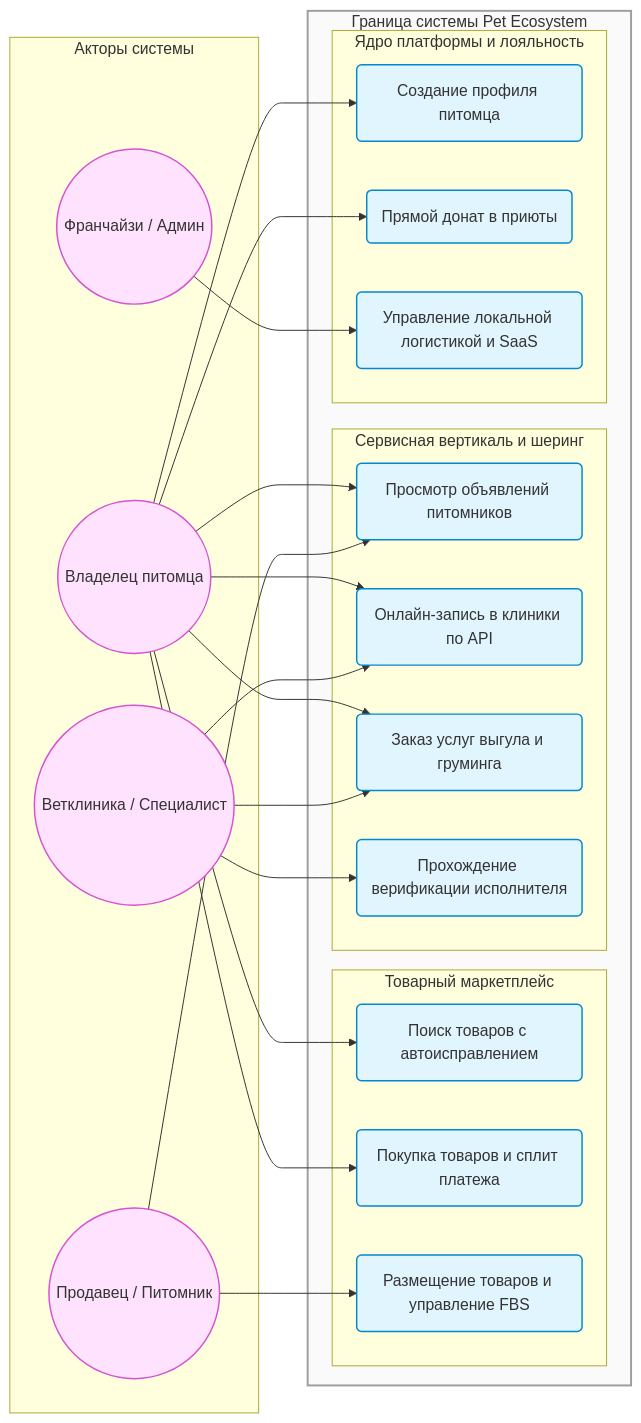
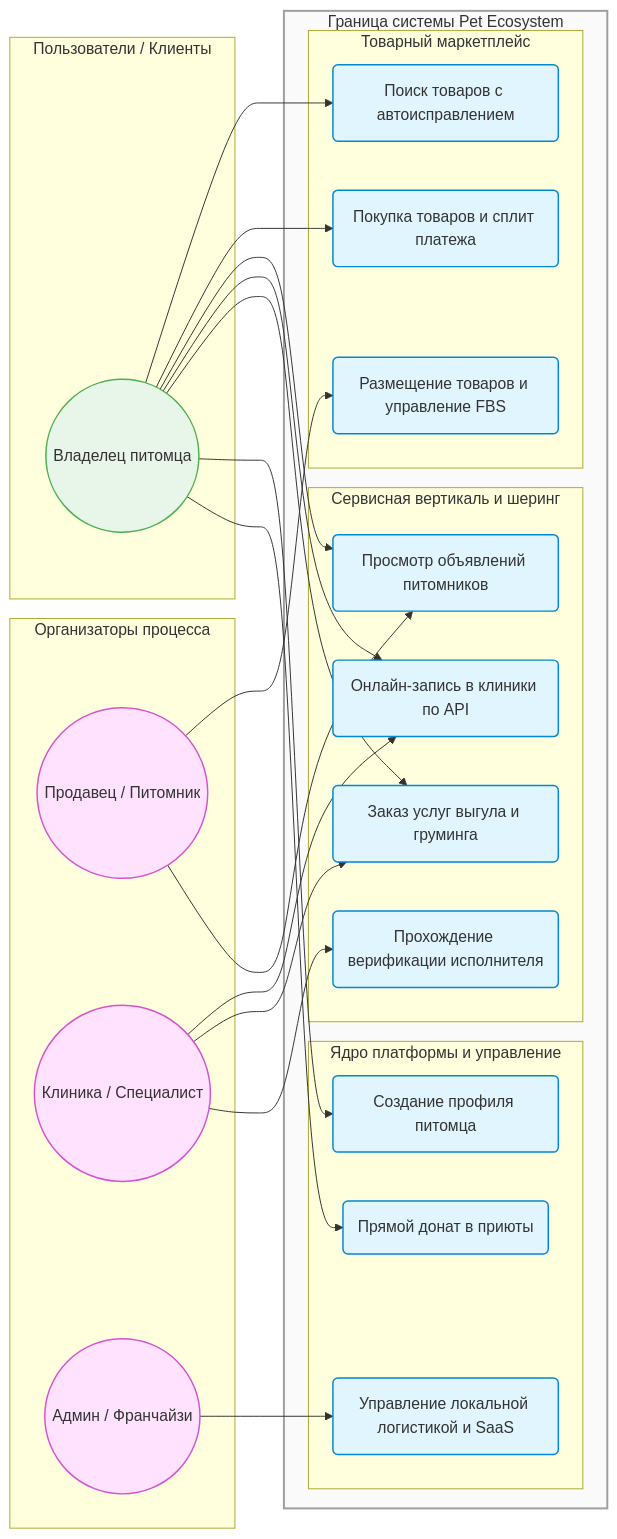
Before and after one commit to Hiken333/zoo_market: the second of 2 diagrams in README.md, drawn with Mermaid. The commit also changed other lines of this file, not shown here.

Commit message:
update: добавил стек технологий.

````diff
--- a/README.md
+++ b/README.md
@@ -82,54 +87,61 @@
 ```mermaid
 flowchart LR
-    subgraph Actors [Акторы системы]
+    subgraph Client_Side [Пользователи / Клиенты]
         A1((Владелец питомца))
+    end
+
+    subgraph Process_Owners [Организаторы процесса]
         A2((Продавец / Питомник))
-        A3((Ветклиника / Специалист))
-        A4((Франчайзи / Админ))
+        A3((Клиника / Специалист))
+        A4((Админ / Франчайзи))
     end
 
     subgraph Platform [Граница системы Pet Ecosystem]
         subgraph UC_Goods [Товарный маркетплейс]
             UC1(Поиск товаров с автоисправлением)
             UC2(Покупка товаров и сплит платежа)
             UC3(Размещение товаров и управление FBS)
         end
         
         subgraph UC_Services [Сервисная вертикаль и шеринг]
             UC4(Просмотр объявлений питомников)
             UC5(Онлайн-запись в клиники по API)
             UC6(Заказ услуг выгула и груминга)
             UC7(Прохождение верификации исполнителя)
         end
 
-        subgraph UC_Core [Ядро платформы и лояльность]
+        subgraph UC_Core [Ядро платформы и управление]
             UC8(Создание профиля питомца)
             UC9(Прямой донат в приюты)
             UC10(Управление локальной логистикой и SaaS)
         end
     end
 
+    %% Взаимодействия конечных пользователей
     A1 --> UC1
     A1 --> UC2
     A1 --> UC4
     A1 --> UC5
     A1 --> UC6
     A1 --> UC8
     A1 --> UC9
 
+    %% Взаимодействия организаторов процесса
     A2 --> UC3
     A2 --> UC4
 
     A3 --> UC5
     A3 --> UC6
     A3 --> UC7
 
     A4 --> UC10
 
-    classDef actor fill:#FFE3FE,stroke:#D652D0,stroke-width:1.5px;
+    classDef client fill:#E8F5E9,stroke:#4CAF50,stroke-width:1.5px;
+    classDef owner fill:#FFE3FE,stroke:#D652D0,stroke-width:1.5px;
     classDef usecase fill:#E1F5FE,stroke:#0288D1,stroke-width:1.5px;
     
-    class A1,A2,A3,A4 actor;
+    class A1 client;
+    class A2,A3,A4 owner;
     class UC1,UC2,UC3,UC4,UC5,UC6,UC7,UC8,UC9,UC10 usecase;
     style Platform fill:#FAFAFA,stroke:#9E9E9E,stroke-width:2px;
 ```
````
